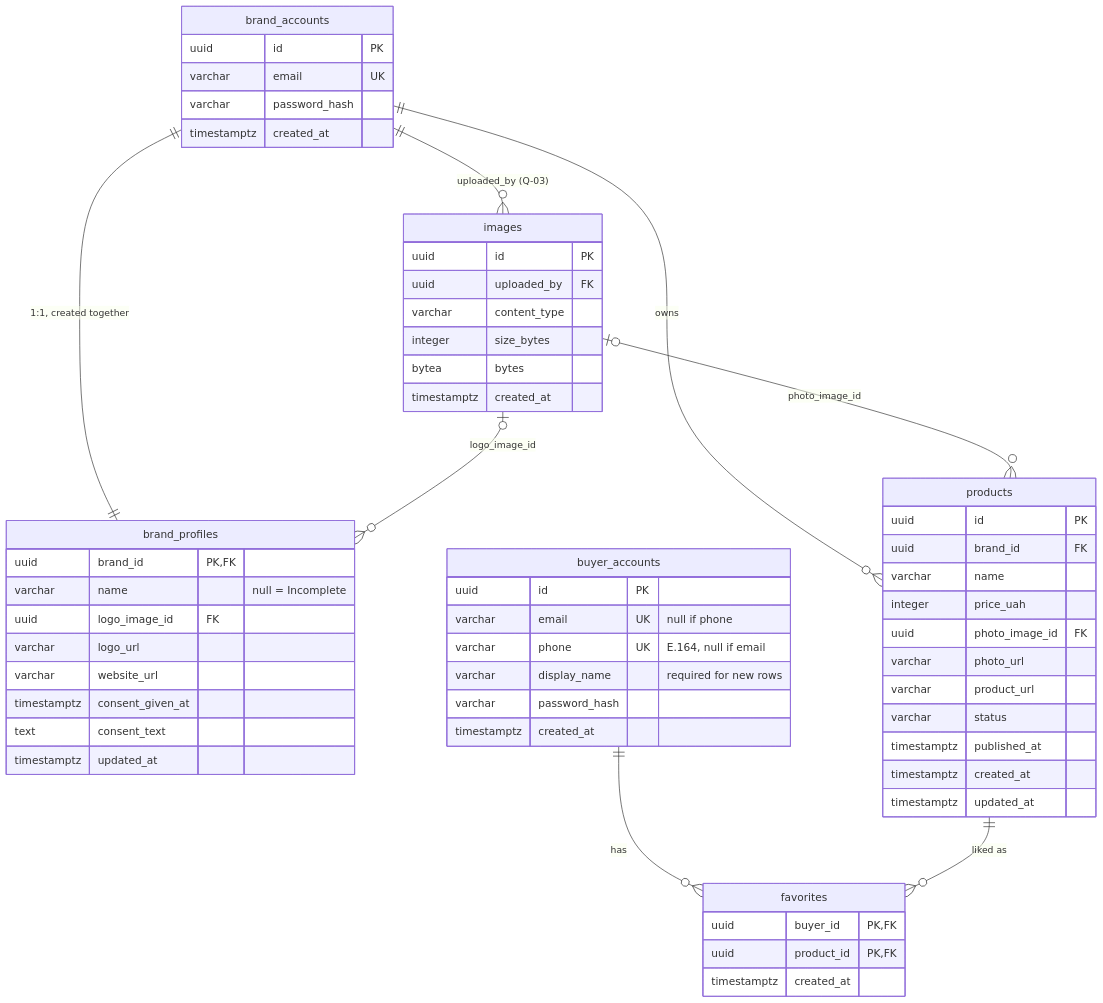
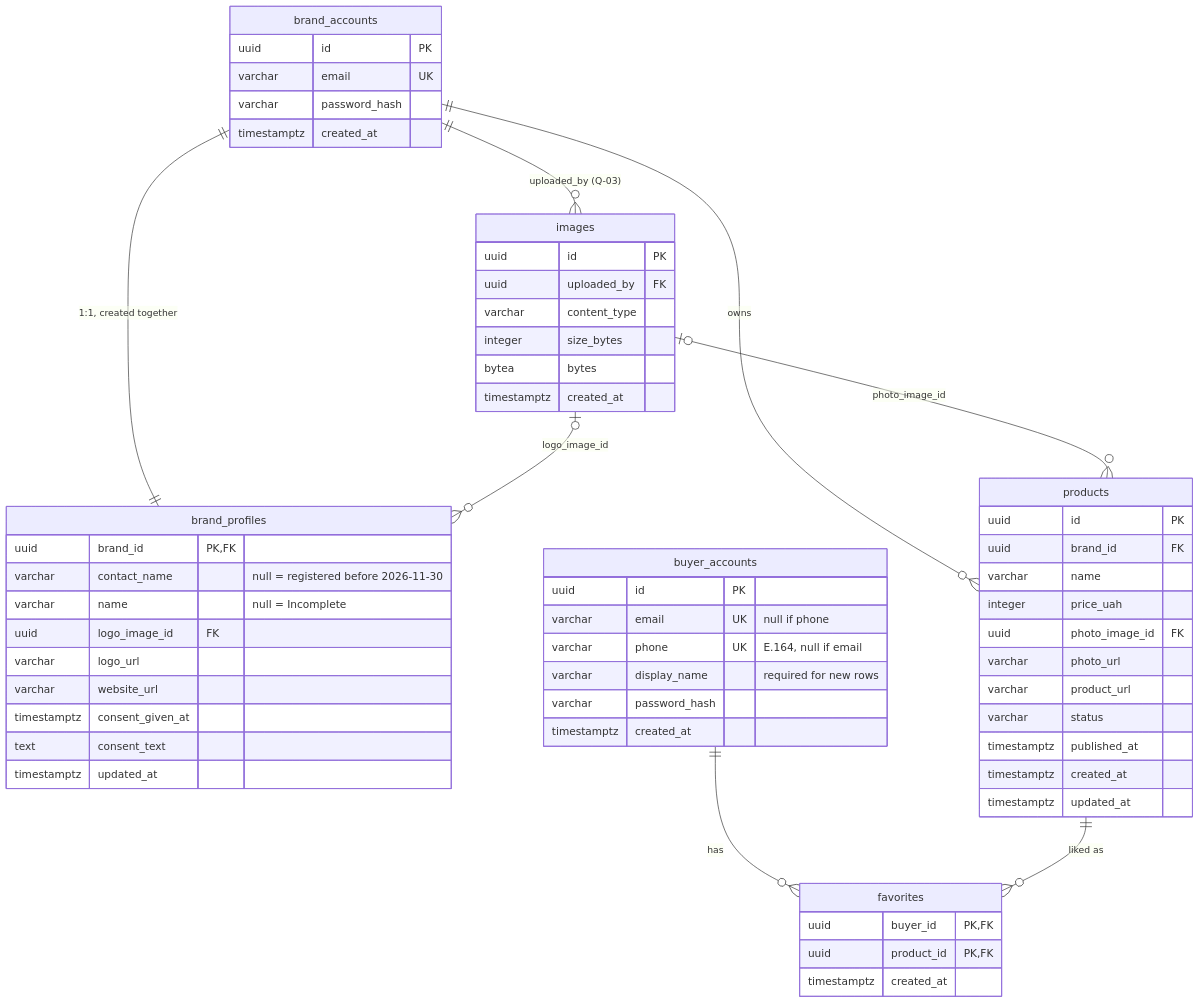
The diagram in docs/architecture/data-model.md (VeronikaBurmetskaV/Team8), drawn with Mermaid before and after one commit. The commit also changed other lines of this file and 116 other files, not shown here.

````diff
--- a/docs/architecture/data-model.md
+++ b/docs/architecture/data-model.md
@@ -12,61 +12,62 @@
 ```mermaid
 erDiagram
     brand_accounts ||--|| brand_profiles : "1:1, created together"
     brand_accounts ||--o{ products : owns
     brand_accounts ||--o{ images : "uploaded_by (Q-03)"
     images |o--o{ products : photo_image_id
     images |o--o{ brand_profiles : logo_image_id
     buyer_accounts ||--o{ favorites : has
     products ||--o{ favorites : "liked as"
 
     brand_accounts {
         uuid id PK
         varchar email UK
         varchar password_hash
         timestamptz created_at
     }
     brand_profiles {
         uuid brand_id PK,FK
+        varchar contact_name "null = registered before 2026-11-30"
         varchar name "null = Incomplete"
         uuid logo_image_id FK
         varchar logo_url
         varchar website_url
         timestamptz consent_given_at
         text consent_text
         timestamptz updated_at
     }
     products {
         uuid id PK
         uuid brand_id FK
         varchar name
         integer price_uah
         uuid photo_image_id FK
         varchar photo_url
         varchar product_url
         varchar status
         timestamptz published_at
         timestamptz created_at
         timestamptz updated_at
     }
     images {
         uuid id PK
         uuid uploaded_by FK
         varchar content_type
         integer size_bytes
         bytea bytes
         timestamptz created_at
     }
     buyer_accounts {
         uuid id PK
         varchar email UK "null if phone"
         varchar phone UK "E.164, null if email"
         varchar display_name "required for new rows"
         varchar password_hash
         timestamptz created_at
     }
     favorites {
         uuid buyer_id PK,FK
         uuid product_id PK,FK
         timestamptz created_at
     }
 ```
````
